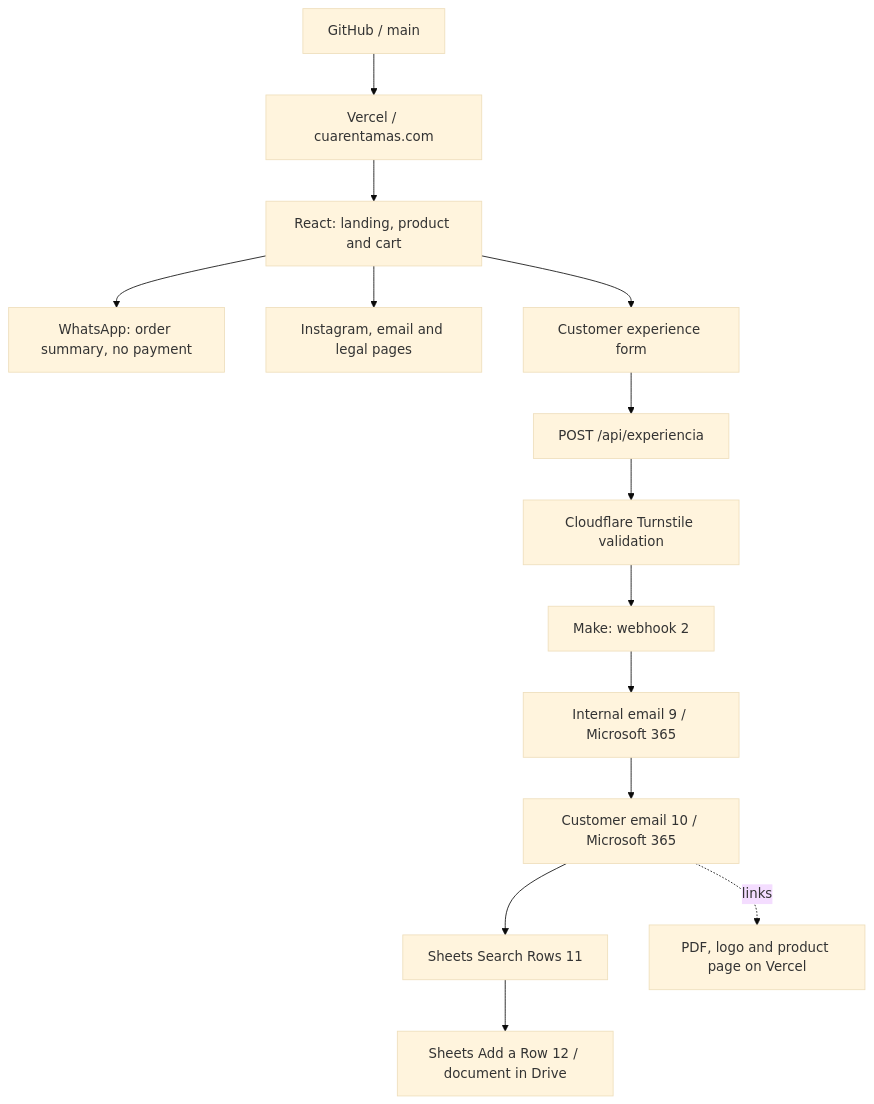
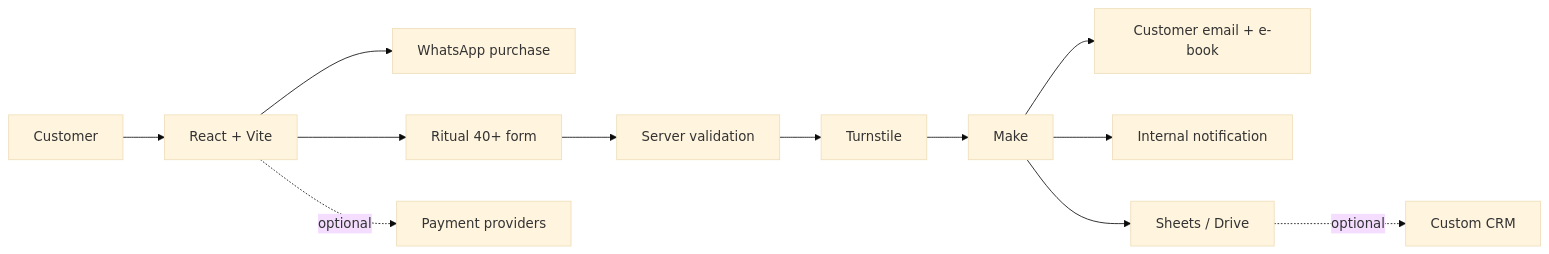
Before and after one commit to diegofrancoe/cuarentamas-commerce: the diagram in README.md, drawn with Mermaid (base theme). The commit also changed other lines of this file, not shown here.

````diff
--- a/README.md
+++ b/README.md
@@ -66,16 +24,14 @@
-```mermaid
-flowchart TD
-    G[GitHub / main] --> V[Vercel / cuarentamas.com]
-    V --> W[React: landing, product and cart]
-    W --> WA[WhatsApp: order summary, no payment]
-    W --> S[Instagram, email and legal pages]
-    W --> F[Customer experience form]
-    F --> A[POST /api/experiencia]
-    A --> T[Cloudflare Turnstile validation]
-    T --> M[Make: webhook 2]
-    M --> I[Internal email 9 / Microsoft 365]
-    I --> C[Customer email 10 / Microsoft 365]
-    C --> Q[Sheets Search Rows 11]
-    Q --> R[Sheets Add a Row 12 / document in Drive]
-    C -. links .-> P[PDF, logo and product page on Vercel]
-```
+~~~mermaid
+flowchart LR
+ U[Customer] --> W[React + Vite]
+ W --> WA[WhatsApp purchase]
+ W --> F[Ritual 40+ form]
+ F --> API[Server validation]
+ API --> T[Turnstile]
+ T --> M[Make]
+ M --> E[Customer email + e-book]
+ M --> I[Internal notification]
+ M --> S[Sheets / Drive]
+ W -. optional .-> PAY[Payment providers]
+ S -. optional .-> CRM[Custom CRM]
+~~~
````
